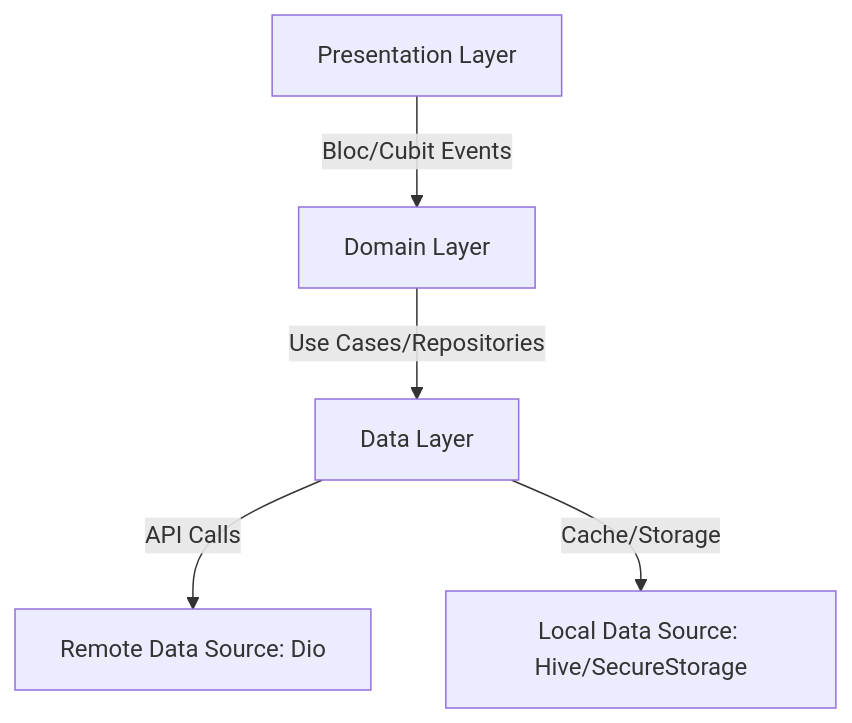
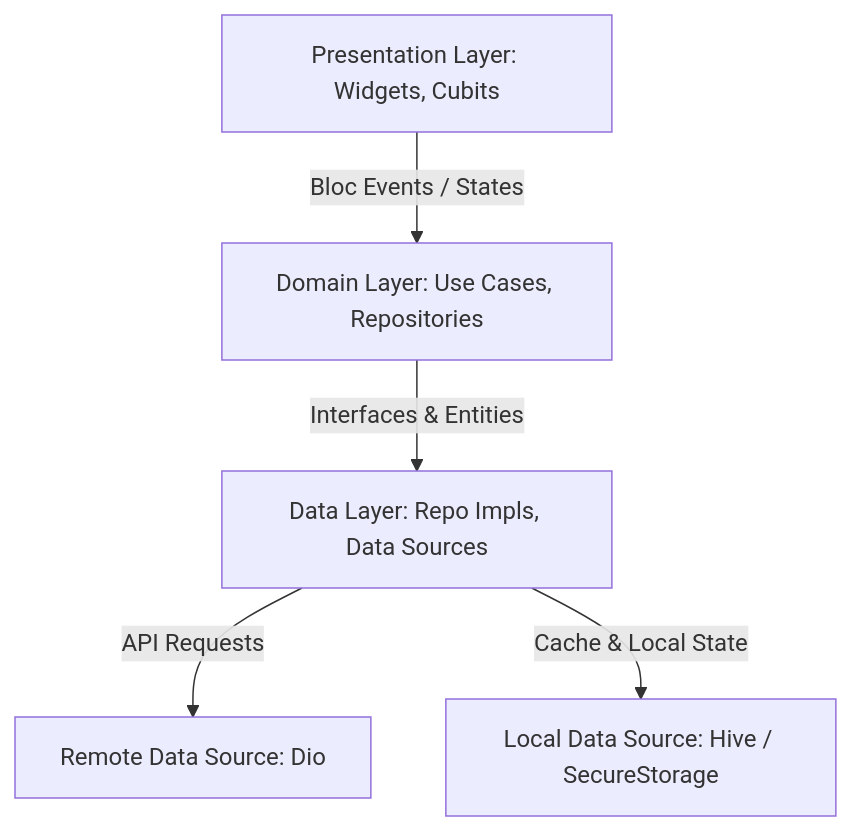
One commit to AbdelmenamAdel/Diamate changed the second of 2 diagrams in README.md. Above: the diagram before and after it, drawn with Mermaid. The commit also changed other lines of this file and 2 other files, not shown here.

````diff
--- a/README.md
+++ b/README.md
@@ -24,7 +168,7 @@
 ```mermaid
 graph TD
-    A[Presentation Layer] -->|Bloc/Cubit Events| B[Domain Layer]
-    B -->|Use Cases/Repositories| C[Data Layer]
-    C -->|API Calls| D[Remote Data Source: Dio]
-    C -->|Cache/Storage| E[Local Data Source: Hive/SecureStorage]
+    A[Presentation Layer: Widgets, Cubits] -->|Bloc Events / States| B[Domain Layer: Use Cases, Repositories]
+    B -->|Interfaces & Entities| C[Data Layer: Repo Impls, Data Sources]
+    C -->|API Requests| D[Remote Data Source: Dio]
+    C -->|Cache & Local State| E[Local Data Source: Hive / SecureStorage]
 ```
````
